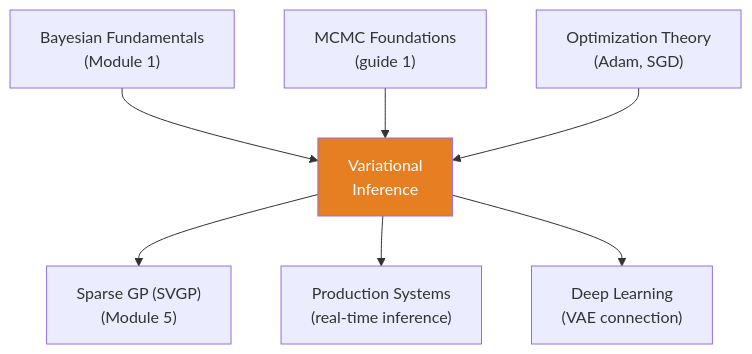
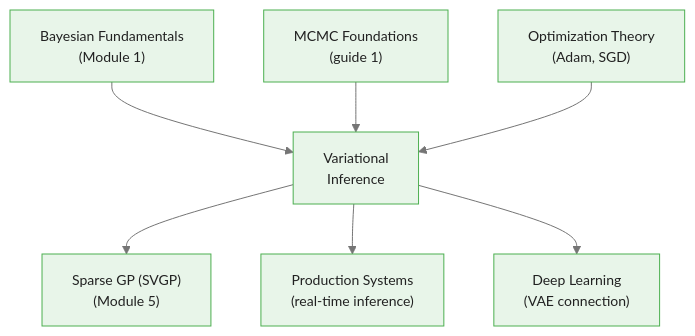
One commit to m-deane/course-creator changed the fourth of 4 diagrams in courses/bayesian-commodity-forecasting/modules/module_06_inference/guides/03_variational_inference_slides.md. Above: the diagram before and after it, drawn with Mermaid. The commit also changed other lines of this file and 104 other files, not shown here.

````diff
--- a/courses/bayesian-commodity-forecasting/modules/module_06_inference/guides/03_variational_inference_slides.md
+++ b/courses/bayesian-commodity-forecasting/modules/module_06_inference/guides/03_variational_inference_slides.md
@@ -333,10 +345,10 @@
 ```mermaid
+%%{init: {"theme": "base", "themeVariables": {"primaryColor": "#e8f5e9", "primaryBorderColor": "#4caf50", "primaryTextColor": "#212121", "secondaryColor": "#e3f2fd", "tertiaryColor": "#fff8e1", "lineColor": "#757575", "fontFamily": "Inter, sans-serif", "fontSize": "14px"}}}%%
 flowchart TD
     BF["Bayesian Fundamentals\n(Module 1)"] --> VI["Variational\nInference"]
     MCMC["MCMC Foundations\n(guide 1)"] --> VI
     OPT["Optimization Theory\n(Adam, SGD)"] --> VI
     VI --> SVGP["Sparse GP (SVGP)\n(Module 5)"]
     VI --> PROD["Production Systems\n(real-time inference)"]
     VI --> VAE["Deep Learning\n(VAE connection)"]
-    style VI fill:#e67e22,color:#fff
 ```
````
